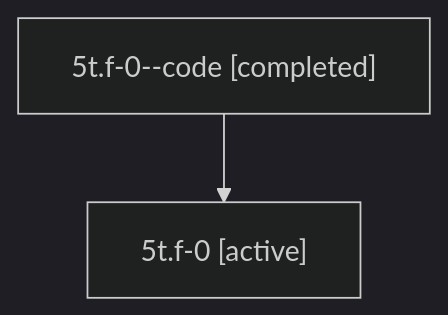
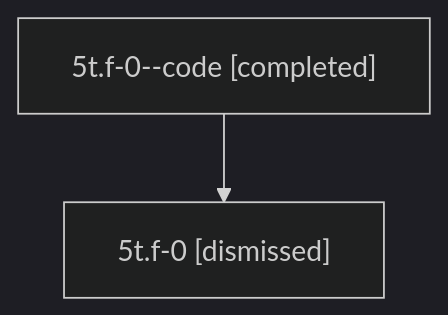
One commit to sase-org/sase--agents changed the diagram in sessions/bbugyi200.athena.5t.f-0.md. Above: the diagram before and after it, drawn with Mermaid (dark theme). The commit also changed other lines of this file and 35 other files, not shown here.

````diff
--- a/sessions/bbugyi200.athena.5t.f-0.md
+++ b/sessions/bbugyi200.athena.5t.f-0.md
@@ -9,6 +9,6 @@
 ```mermaid
 flowchart TD
   n0["5t.f-0--code [completed]"]
-  n1["5t.f-0 [active]"]
+  n1["5t.f-0 [dismissed]"]
   n0 --> n1
 ```
````
